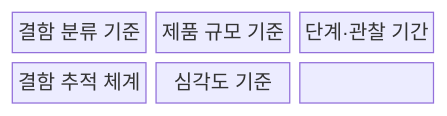
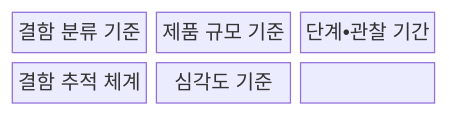
Before and after one commit to agnusdei1207/knowledge-base: the first of 2 diagrams in src/content/docs/notes/06-evaluation/032_defect_density_removal_rate.md, drawn with Mermaid. The commit also changed other lines of this file and 953 other files, not shown here.

````diff
--- a/src/content/docs/notes/06-evaluation/032_defect_density_removal_rate.md
+++ b/src/content/docs/notes/06-evaluation/032_defect_density_removal_rate.md
@@ -66,11 +66,11 @@
 ```mermaid
 block-beta
   columns 3
   C["결함 분류 기준"]
   S["제품 규모 기준"]
-  T["단계·관찰 기간"]
+  T["단계•관찰 기간"]
   D["결함 추적 체계"]
   V["심각도 기준"]
   C --- S --- T
   T --- D --- V
 ```
````
